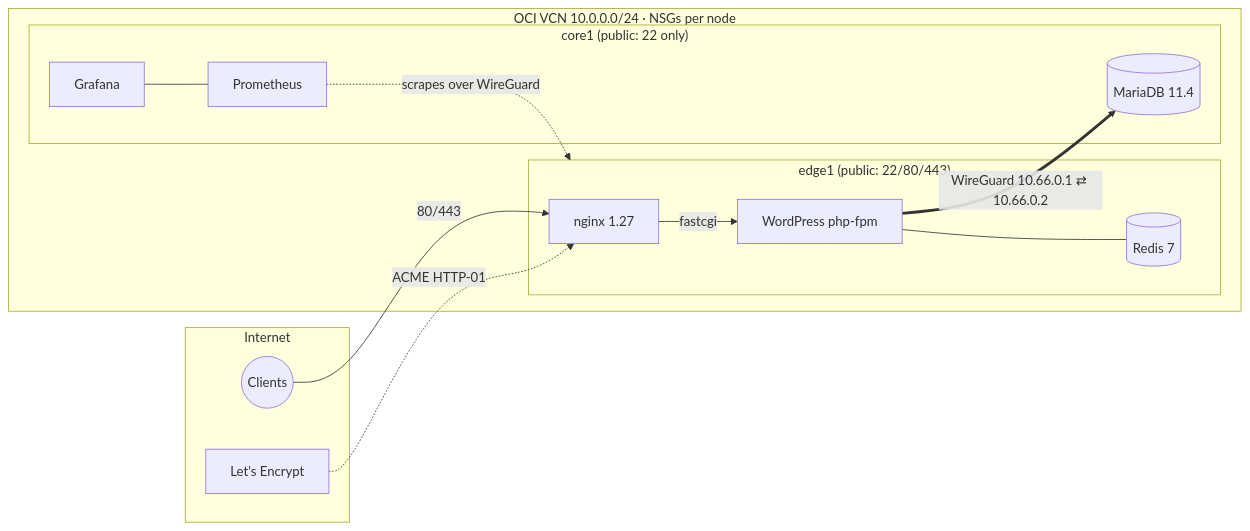
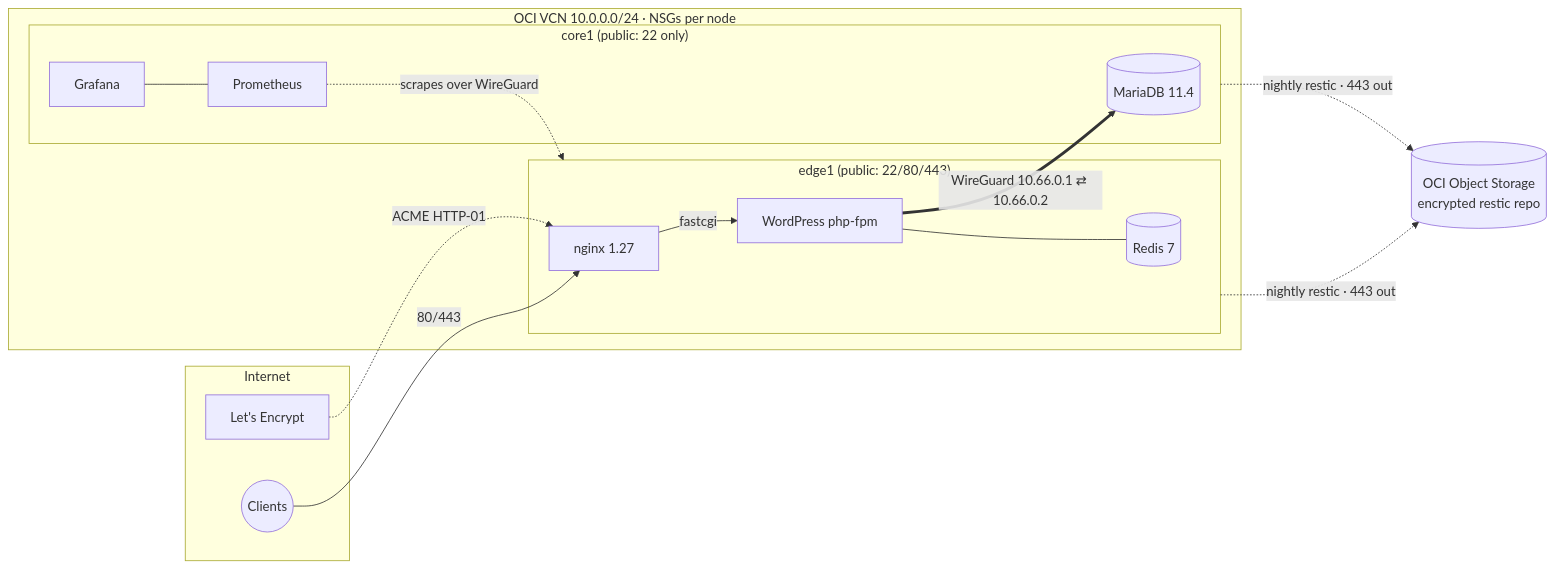
Before and after one commit to pavel-zin/infra-platform: the diagram in README.md, drawn with Mermaid.

Commit message:
README: mermaid chart is updated

````diff
--- a/README.md
+++ b/README.md
@@ -17,28 +17,32 @@
 ```mermaid
 flowchart LR
     subgraph internet[Internet]
         clients((Clients))
         le[Let's Encrypt]
     end
 
     subgraph vcn["OCI VCN 10.0.0.0/24 · NSGs per node"]
         subgraph edge["edge1 (public: 22/80/443)"]
             nginx[nginx 1.27]
             wp[WordPress php-fpm]
             redis[(Redis 7)]
         end
         subgraph core["core1 (public: 22 only)"]
             db[(MariaDB 11.4)]
             prom[Prometheus]
             graf[Grafana]
         end
     end
 
+    bucket[("OCI Object Storage<br/>encrypted restic repo")]
+
     clients -- "80/443" --> nginx
     le -. "ACME HTTP-01" .-> nginx
     nginx -- fastcgi --> wp
     wp --- redis
     wp == "WireGuard 10.66.0.1 ⇄ 10.66.0.2" ==> db
     prom -. "scrapes over WireGuard" .-> edge
     graf --- prom
+    edge -. "nightly restic · 443 out" .-> bucket
+    core -. "nightly restic · 443 out" .-> bucket
 ```
````
